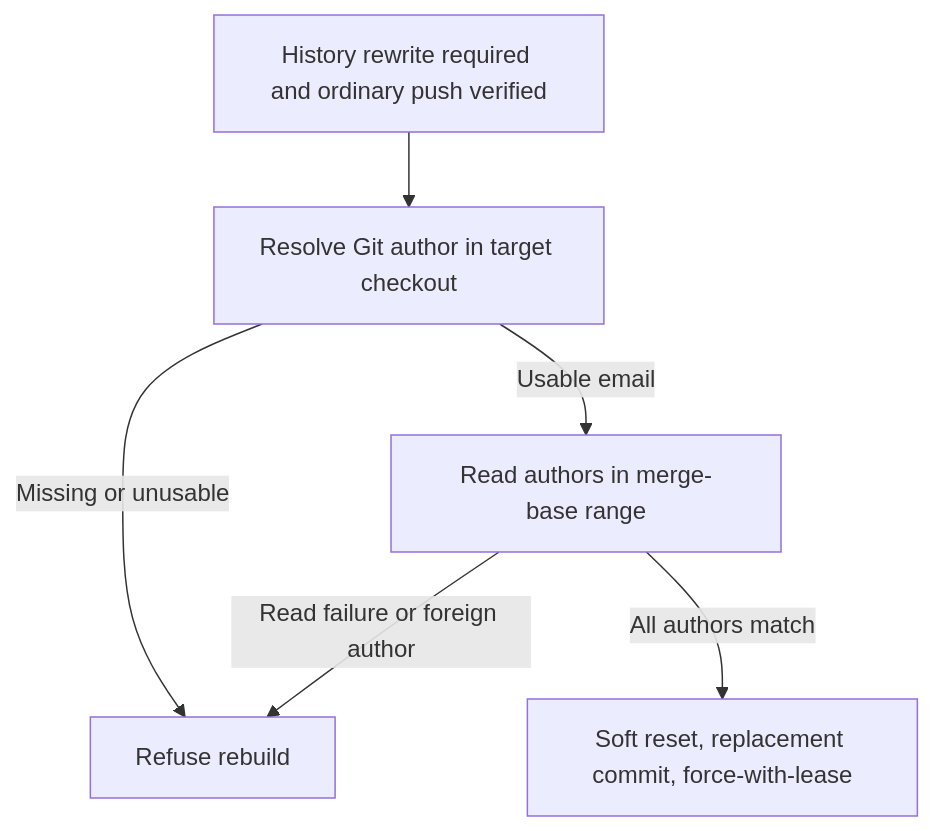
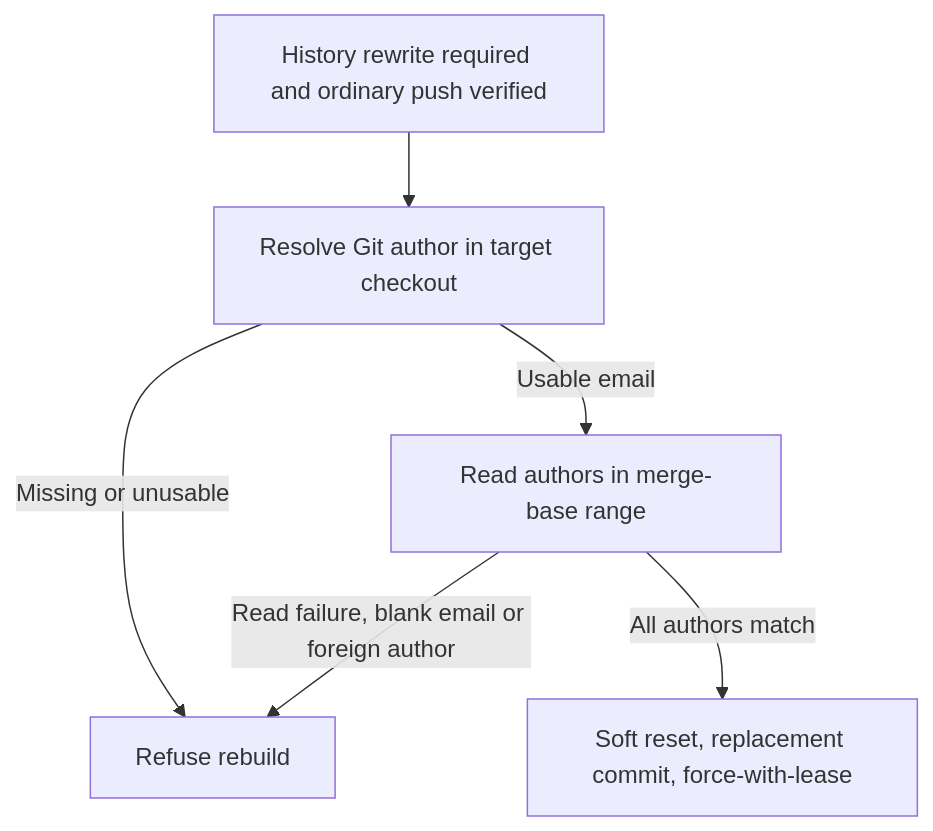
The diagram in docs/archive/pr-summaries/pr-summary-4554.md (stSoftwareAU/VibeCoder), drawn with Mermaid before and after one commit. The commit also changed other lines of this file and 4 other files, not shown here.

````diff
--- a/docs/archive/pr-summaries/pr-summary-4554.md
+++ b/docs/archive/pr-summaries/pr-summary-4554.md
@@ -39,8 +49,8 @@
 ```mermaid
 flowchart TD
     A[History rewrite required and ordinary push verified] --> B[Resolve Git author in target checkout]
     B -->|Missing or unusable| C[Refuse rebuild]
     B -->|Usable email| D[Read authors in merge-base range]
-    D -->|Read failure or foreign author| C
+    D -->|Read failure, blank email or foreign author| C
     D -->|All authors match| E[Soft reset, replacement commit, force-with-lease]
 ```
````
